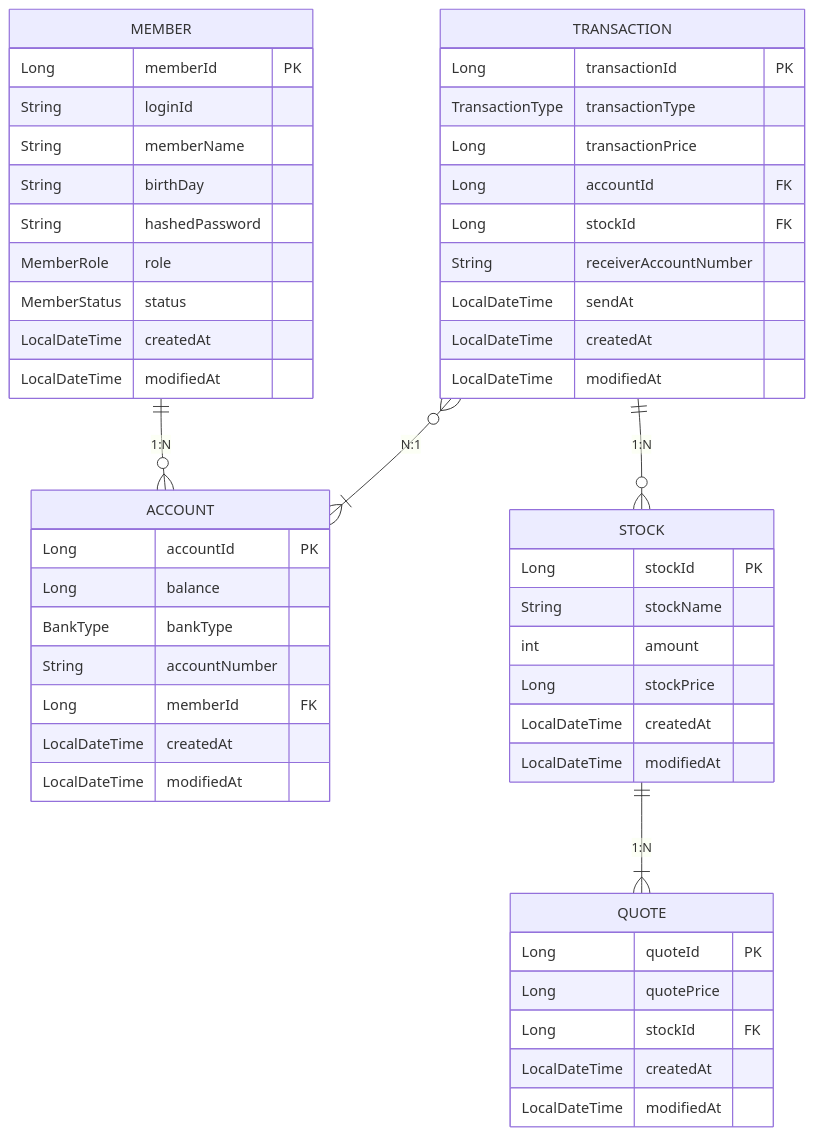
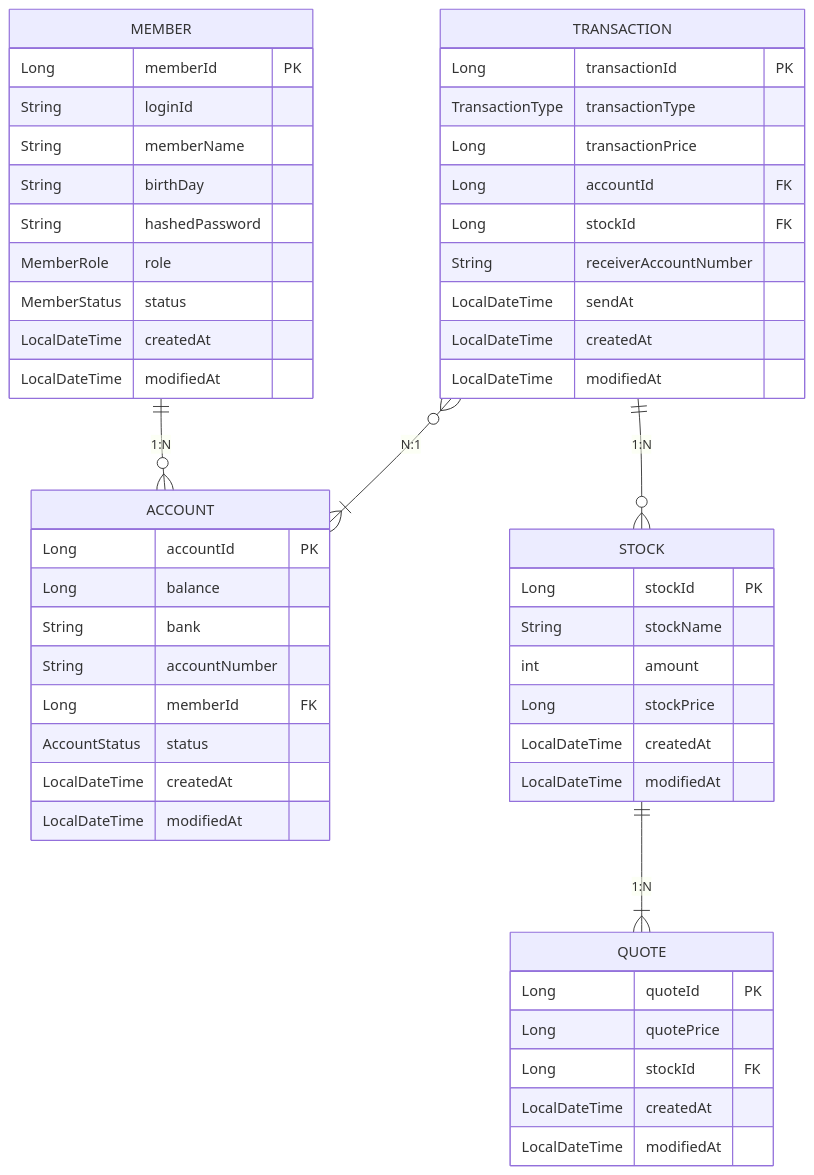
One commit to jongwanra/toss-server-batch changed the diagram in README.md. Above: the diagram before and after it, drawn with Mermaid. The commit also changed 11 other files, not shown here.

````diff
--- a/README.md
+++ b/README.md
@@ -11,56 +11,57 @@
 ```mermaid
 erDiagram
     MEMBER ||--o{ ACCOUNT : "1:N"
     MEMBER {
         Long memberId PK
         String loginId
         String memberName
         String birthDay
         String hashedPassword
         MemberRole role
         MemberStatus status
         LocalDateTime createdAt
         LocalDateTime modifiedAt
     }
     ACCOUNT {
         Long accountId PK
         Long balance
-        BankType bankType
+        String bank
         String accountNumber
         Long memberId FK
+        AccountStatus status
         LocalDateTime createdAt
         LocalDateTime modifiedAt
     }
     
     TRANSACTION ||--o{ STOCK : "1:N"
     TRANSACTION }o--|{ ACCOUNT: "N:1"
     TRANSACTION {
         Long transactionId PK
         TransactionType transactionType
         Long transactionPrice
         Long accountId FK
         Long stockId FK
         String receiverAccountNumber
         LocalDateTime sendAt
         LocalDateTime createdAt
         LocalDateTime modifiedAt
         
     }
     STOCK ||--|{ QUOTE : "1:N"
     STOCK {
         Long stockId PK
         String stockName
         int amount
         Long stockPrice
         LocalDateTime createdAt
         LocalDateTime modifiedAt
     }
     QUOTE {
         Long quoteId PK
         Long quotePrice
         Long stockId FK
         LocalDateTime createdAt
         LocalDateTime modifiedAt
     }
 
 ```
````
